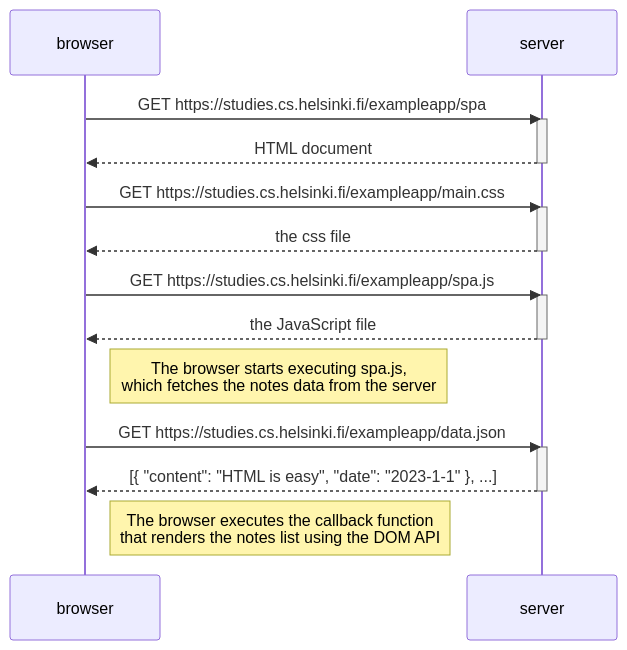
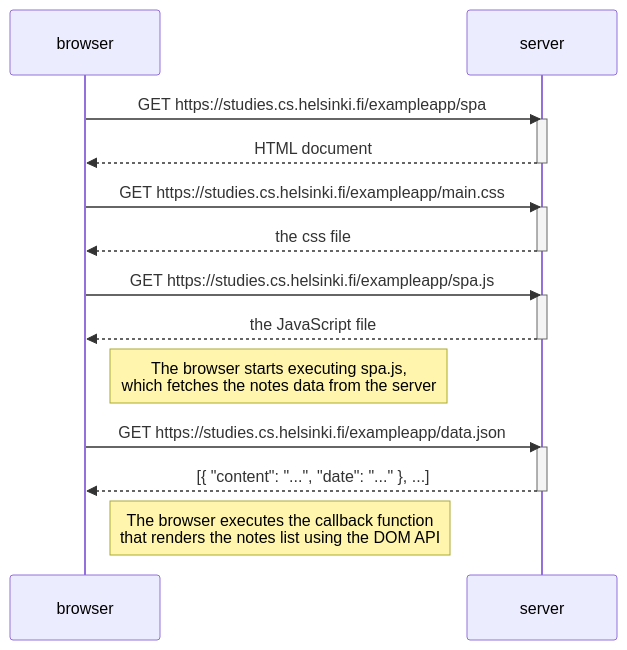
Before and after one commit to HadenHiles/full-stack-open: the diagram in part0/exercise-0.5/spa_sequence.md, drawn with Mermaid.

Commit message:
Keep example content minimal.

````diff
--- a/part0/exercise-0.5/spa_sequence.md
+++ b/part0/exercise-0.5/spa_sequence.md
@@ -5,29 +5,29 @@
 ```mermaid
 sequenceDiagram
     participant browser
     participant server
 
     browser->>server: GET https://studies.cs.helsinki.fi/exampleapp/spa
     activate server
     server-->>browser: HTML document
     deactivate server
 
     browser->>server: GET https://studies.cs.helsinki.fi/exampleapp/main.css
     activate server
     server-->>browser: the css file
     deactivate server
 
     browser->>server: GET https://studies.cs.helsinki.fi/exampleapp/spa.js
     activate server
     server-->>browser: the JavaScript file
     deactivate server
 
     Note right of browser: The browser starts executing spa.js,<br/>which fetches the notes data from the server
 
     browser->>server: GET https://studies.cs.helsinki.fi/exampleapp/data.json
     activate server
-    server-->>browser: [{ "content": "HTML is easy", "date": "2023-1-1" }, ...]
+    server-->>browser: [{ "content": "...", "date": "..." }, ...]
     deactivate server
 
     Note right of browser: The browser executes the callback function<br/>that renders the notes list using the DOM API
 ```
````
